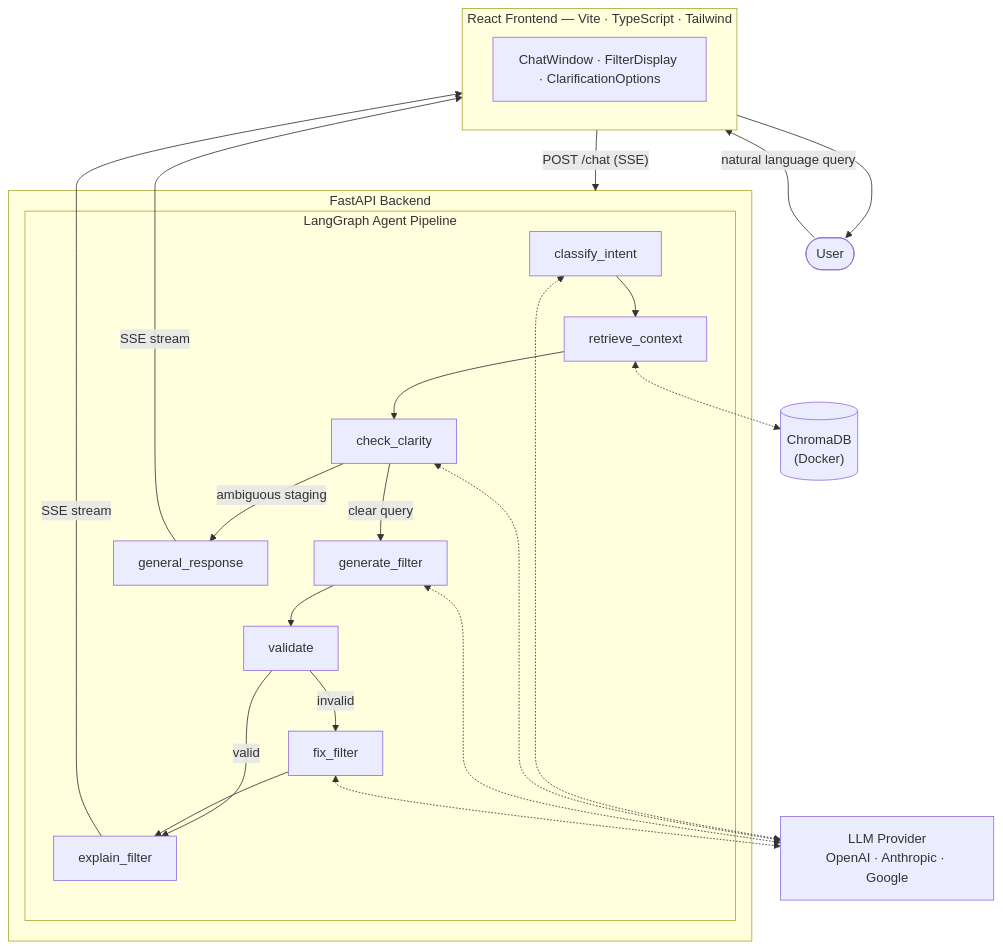
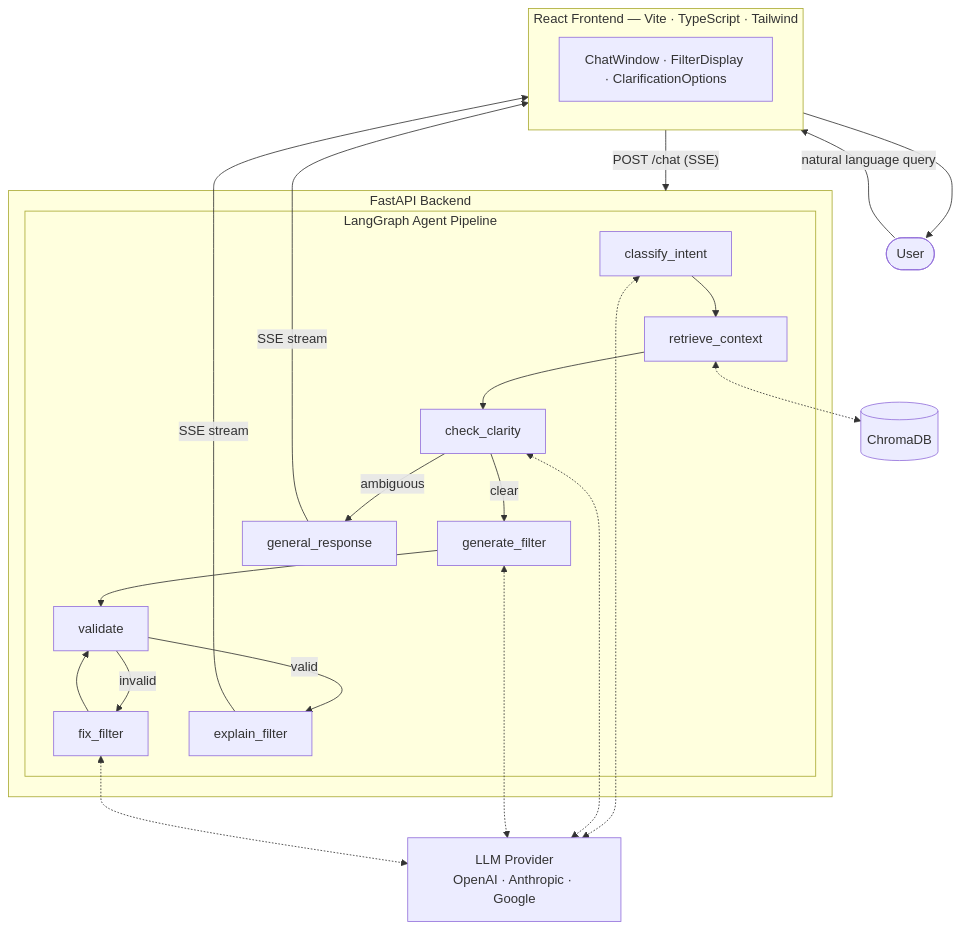
One commit to RishiAhuja/pcdc-nl-to-gql changed the second of 2 diagrams in README.md. Above: the diagram before and after it, drawn with Mermaid. The commit also changed other lines of this file and 1 other file, not shown here.

````diff
--- a/README.md
+++ b/README.md
@@ -77,43 +90,38 @@
 ```mermaid
 flowchart TD
     User(["User"])
 
     subgraph FE["React Frontend — Vite · TypeScript · Tailwind"]
         UI["ChatWindow · FilterDisplay · ClarificationOptions"]
     end
 
     subgraph BE["FastAPI Backend"]
         subgraph LG["LangGraph Agent Pipeline"]
             A["classify_intent"]
             B["retrieve_context"]
             C["check_clarity"]
             D["generate_filter"]
             E["validate"]
             F["fix_filter"]
             G["explain_filter"]
             H["general_response"]
         end
     end
 
-    CHROMA[("ChromaDB\n(Docker)")]
+    CHROMA[("ChromaDB")]
     LLM["LLM Provider\nOpenAI · Anthropic · Google"]
 
     User -- "natural language query" --> FE
     FE -- "POST /chat (SSE)" --> BE
 
-    A --> B
-    B --> C
-    C -- "ambiguous staging" --> H
-    C -- "clear query" --> D
-    D --> E
+    A --> B --> C
+    C -- "ambiguous" --> H
+    C -- "clear" --> D --> E
     E -- "valid" --> G
-    E -- "invalid" --> F
-    F --> G
+    E -- "invalid" --> F --> E
 
     B <-.-> CHROMA
     A & C & D & F <-.-> LLM
 
-    G -- "SSE stream" --> FE
-    H -- "SSE stream" --> FE
-    FE --> User
+    G & H -- "SSE stream" --> FE --> User
 ```
````
